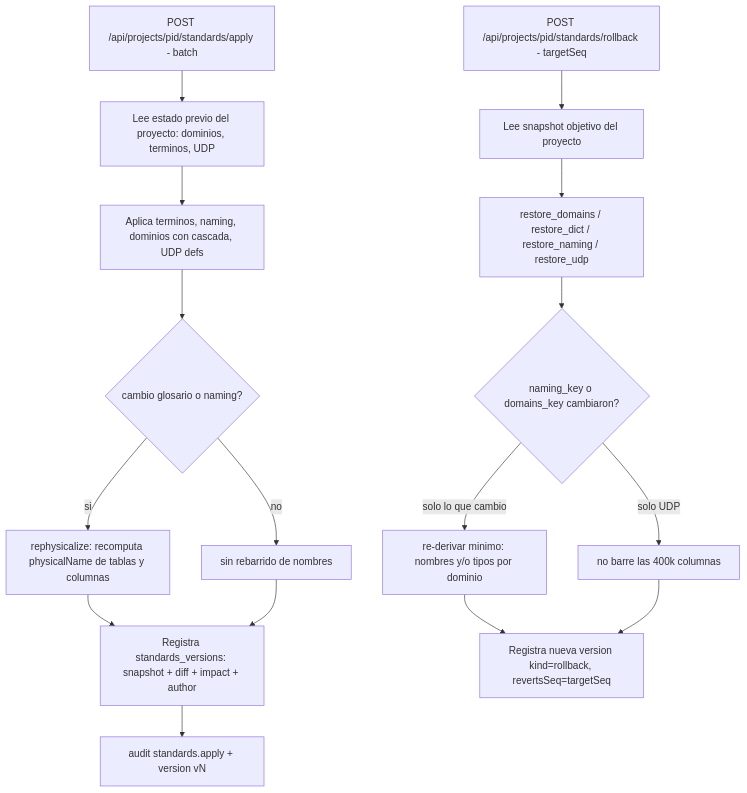
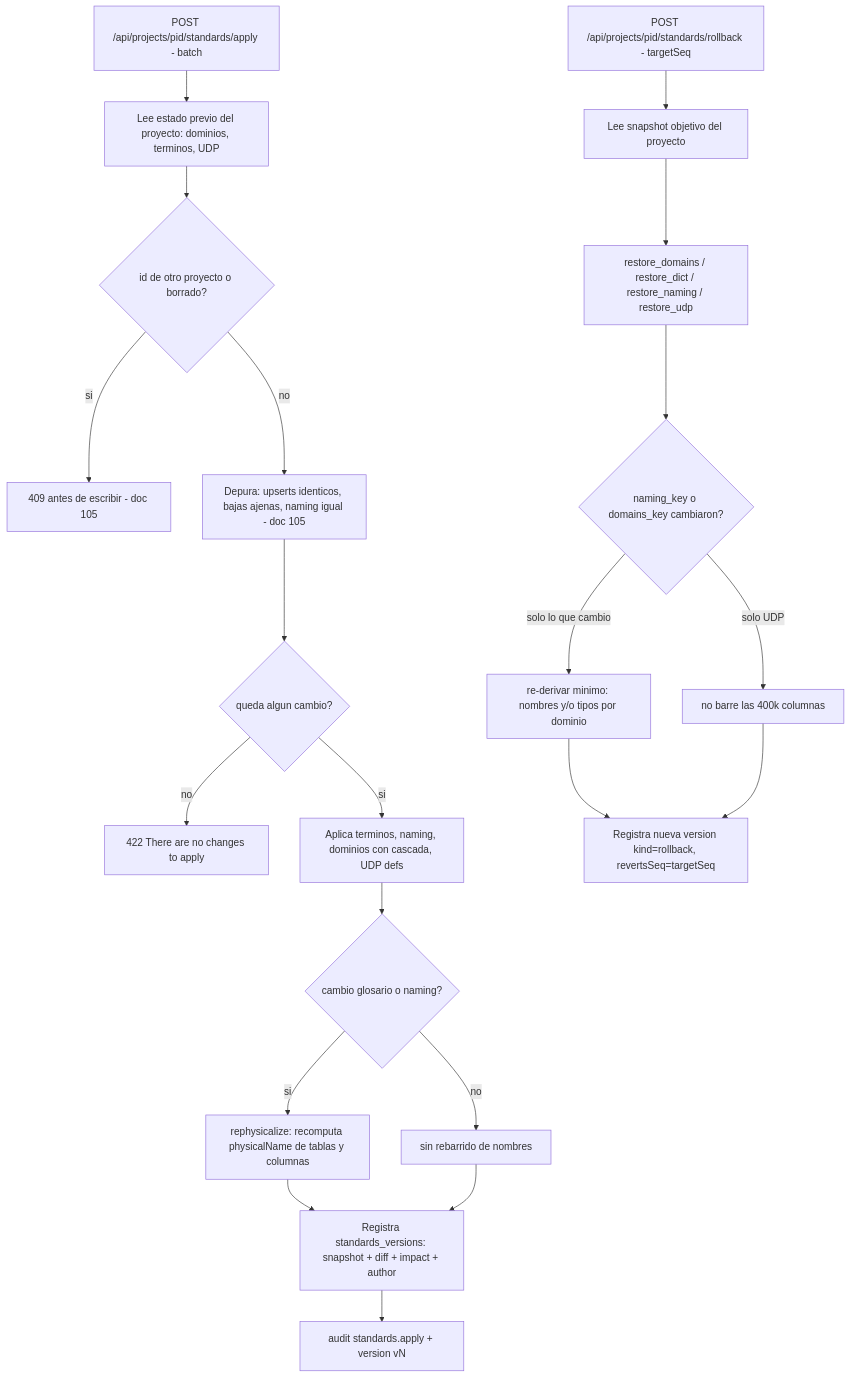
Before and after one commit to Carlosmps97/backend-data-model-hub: the fourth of 7 diagrams in doc/arquitectura.md, drawn with Mermaid. The commit also changed other lines of this file and 169 other files, not shown here.

````diff
--- a/doc/arquitectura.md
+++ b/doc/arquitectura.md
@@ -367,19 +382,24 @@
 ```mermaid
 flowchart TD
     A[POST /api/projects/pid/standards/apply - batch] --> B[Lee estado previo del proyecto: dominios, terminos, UDP]
-    B --> C[Aplica terminos, naming, dominios con cascada, UDP defs]
+    B --> B1{id de otro proyecto o borrado?}
+    B1 -->|si| Y[409 antes de escribir - doc 105]
+    B1 -->|no| B2[Depura: upserts identicos, bajas ajenas, naming igual - doc 105]
+    B2 --> B3{queda algun cambio?}
+    B3 -->|no| Z[422 There are no changes to apply]
+    B3 -->|si| C[Aplica terminos, naming, dominios con cascada, UDP defs]
     C --> D{cambio glosario o naming?}
     D -->|si| E[rephysicalize: recomputa physicalName de tablas y columnas]
     D -->|no| F[sin rebarrido de nombres]
     E --> G[Registra standards_versions: snapshot + diff + impact + author]
     F --> G
     G --> H[audit standards.apply + version vN]
 
     R[POST /api/projects/pid/standards/rollback - targetSeq] --> S[Lee snapshot objetivo del proyecto]
     S --> T[restore_domains / restore_dict / restore_naming / restore_udp]
     T --> U{naming_key o domains_key cambiaron?}
     U -->|solo lo que cambio| V[re-derivar minimo: nombres y/o tipos por dominio]
     U -->|solo UDP| W[no barre las 400k columnas]
     V --> X[Registra nueva version kind=rollback, revertsSeq=targetSeq]
     W --> X
 ```
````
